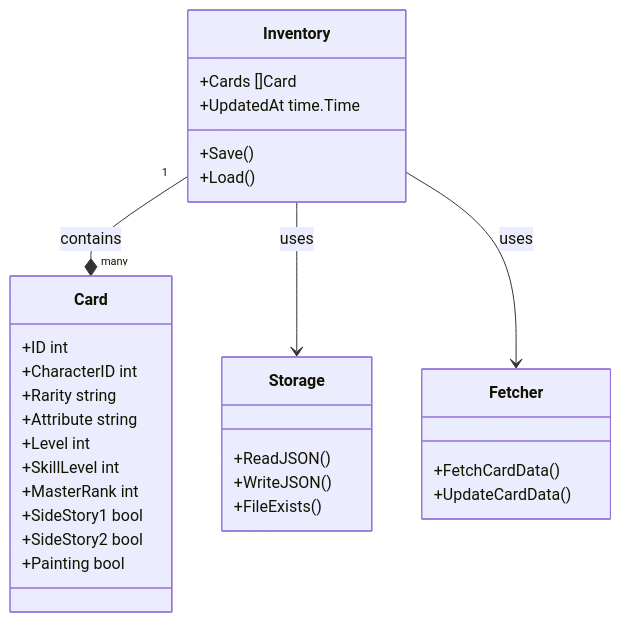
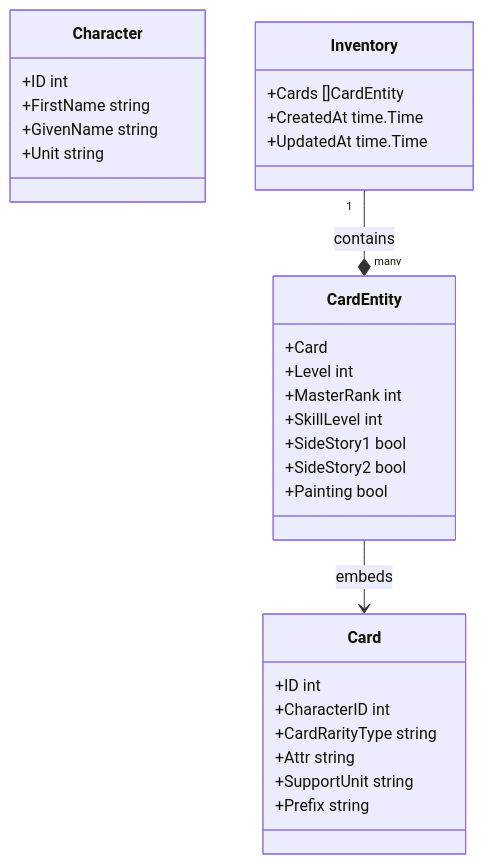
Before and after one commit to GreydonDesu/sekai-inventory: the diagram in README.md, drawn with Mermaid. The commit also changed other lines of this file and 2 other files, not shown here.

Commit message:
chore(agents): add test and build agent definitions; docs: fix Mermaid diagram and change docs
Add .claude/agents/test.md and build.md for automated test-runner and
build agents. Update README to correct Card vs CardEntity class diagram,
add --painting to change docs, fix 'Search by' typo to 'Filter by', fix
bold marker on Valid Fields heading, and bump Go version requirement to 1.25.

````diff
--- a/README.md
+++ b/README.md
@@ -182,37 +184,37 @@
 ```mermaid
 classDiagram
     class Card {
         +ID int
         +CharacterID int
-        +Rarity string
-        +Attribute string
+        +CardRarityType string
+        +Attr string
+        +SupportUnit string
+        +Prefix string
+    }
+
+    class CardEntity {
+        +Card
         +Level int
+        +MasterRank int
         +SkillLevel int
-        +MasterRank int
         +SideStory1 bool
         +SideStory2 bool
         +Painting bool
     }
 
-    class Inventory {
-        +Cards []Card
-        +UpdatedAt time.Time
-        +Save()
-        +Load()
+    class Character {
+        +ID int
+        +FirstName string
+        +GivenName string
+        +Unit string
     }
 
-    class Storage {
-        +ReadJSON()
-        +WriteJSON()
-        +FileExists()
+    class Inventory {
+        +Cards []CardEntity
+        +CreatedAt time.Time
+        +UpdatedAt time.Time
     }
 
-    class Fetcher {
-        +FetchCardData()
-        +UpdateCardData()
-    }
-
-    Inventory "1" --* "many" Card : contains
-    Inventory --> Storage : uses
-    Inventory --> Fetcher : uses
+    CardEntity --> Card : embeds
+    Inventory "1" --* "many" CardEntity : contains
 ```
````
